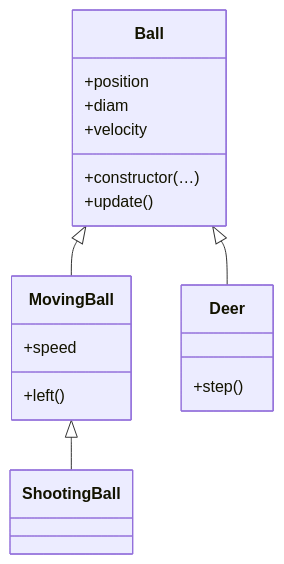
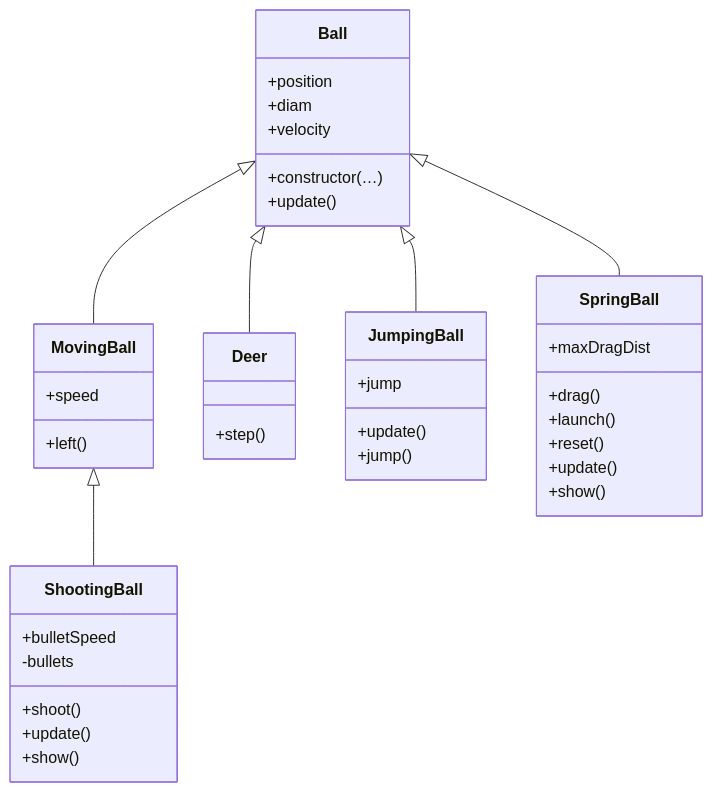
One commit to Toke-AT/minigame changed the diagram in README.md. Above: the diagram before and after it, drawn with Mermaid.

Commit message:
Add JumpingBall and SpringBall classes to diagram

````diff
--- a/README.md
+++ b/README.md
@@ -1,28 +1,48 @@
 ```mermaid
 classDiagram
     Ball <|-- MovingBall
     MovingBall <|-- ShootingBall
     Ball <|-- Deer
+    Ball <|-- JumpingBall
+    Ball <|-- SpringBall
 
     class Ball {
         +position
         +diam
         +velocity
         +constructor(…)
         +update()
     }
 
     class MovingBall {
         +speed
         +left()
     }
 
     class ShootingBall {
-        %% variabler
-        %% funktioner
+        +bulletSpeed
+        -bullets
+        +shoot()
+        +update()
+        +show()
     }
 
     class Deer {
         +step()
     }
+
+    class JumpingBall{
+        +jump
+        +update()
+        +jump()
+    }
+
+    class SpringBall{
+        +maxDragDist
+        +drag()
+        +launch()
+        +reset()
+        +update()
+        +show()
+    }
 ```
````
